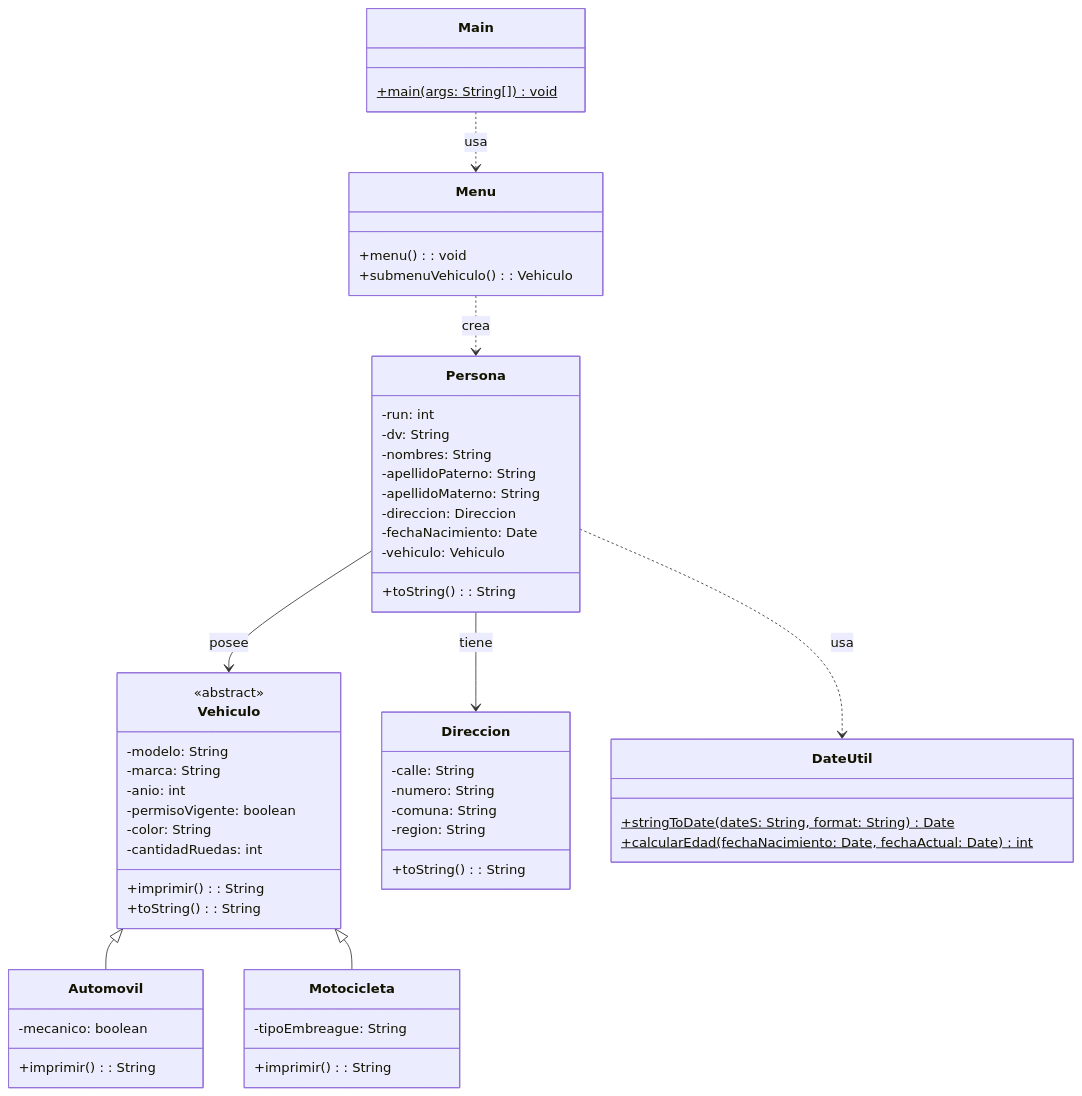
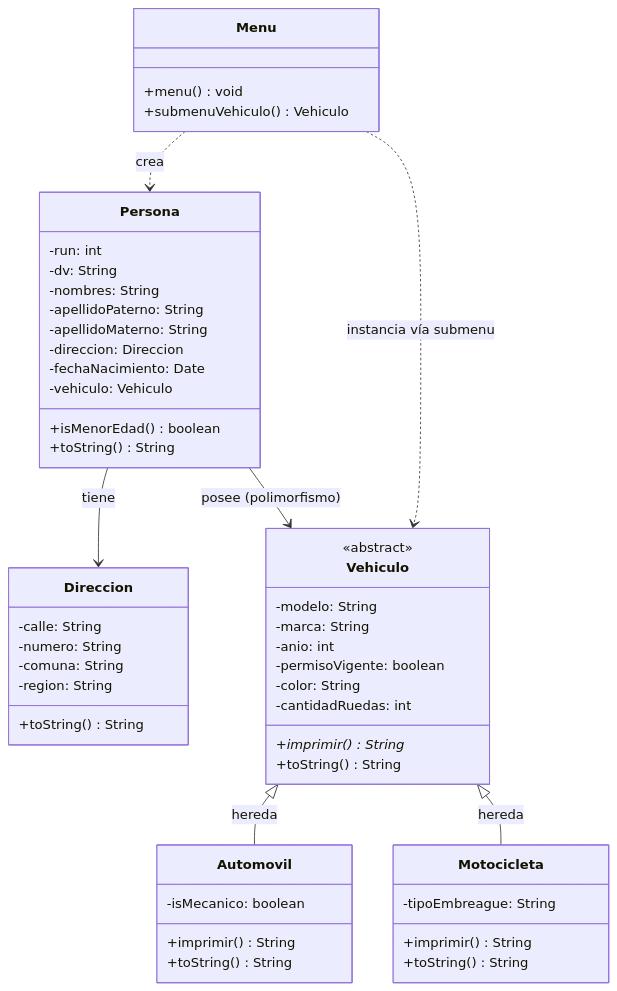
The second of 3 diagrams in 09/README.md (elprofecarreno/poo-fundaments), drawn with Mermaid before and after one commit. The commit also changed other lines of this file and 15 other files, not shown here.

````diff
--- a/09/README.md
+++ b/09/README.md
@@ -11,66 +73,59 @@
 ```mermaid
 classDiagram
-    class Main {
-        +main(args: String[])$ void
-    }
-
-    class Menu {
-        +menu(): void
-        +submenuVehiculo(): Vehiculo
-    }
-
     class Vehiculo {
         <<abstract>>
         -modelo: String
         -marca: String
         -anio: int
         -permisoVigente: boolean
         -color: String
         -cantidadRuedas: int
-        +imprimir(): String
-        +toString(): String
+        +imprimir()* String
+        +toString() String
     }
 
     class Automovil {
-        -mecanico: boolean
-        +imprimir(): String
+        -isMecanico: boolean
+        +imprimir() String
+        +toString() String
     }
 
     class Motocicleta {
         -tipoEmbreague: String
-        +imprimir(): String
+        +imprimir() String
+        +toString() String
     }
 
     class Persona {
         -run: int
         -dv: String
         -nombres: String
         -apellidoPaterno: String
         -apellidoMaterno: String
         -direccion: Direccion
         -fechaNacimiento: Date
         -vehiculo: Vehiculo
-        +toString(): String
+        +isMenorEdad() boolean
+        +toString() String
     }
 
     class Direccion {
         -calle: String
         -numero: String
         -comuna: String
         -region: String
-        +toString(): String
+        +toString() String
     }
 
-    class DateUtil {
-        +stringToDate(dateS: String, format: String)$ Date
-        +calcularEdad(fechaNacimiento: Date, fechaActual: Date)$ int
+    class Menu {
+        +menu() void
+        +submenuVehiculo() Vehiculo
     }
 
-    Vehiculo <|-- Automovil
-    Vehiculo <|-- Motocicleta
+    Vehiculo <|-- Automovil : hereda
+    Vehiculo <|-- Motocicleta : hereda
     Persona --> Direccion : tiene
-    Persona --> Vehiculo : posee
-    Main ..> Menu : usa
+    Persona --> Vehiculo : posee (polimorfismo)
     Menu ..> Persona : crea
-    Persona ..> DateUtil : usa
+    Menu ..> Vehiculo : instancia vía submenu
 ```
````
